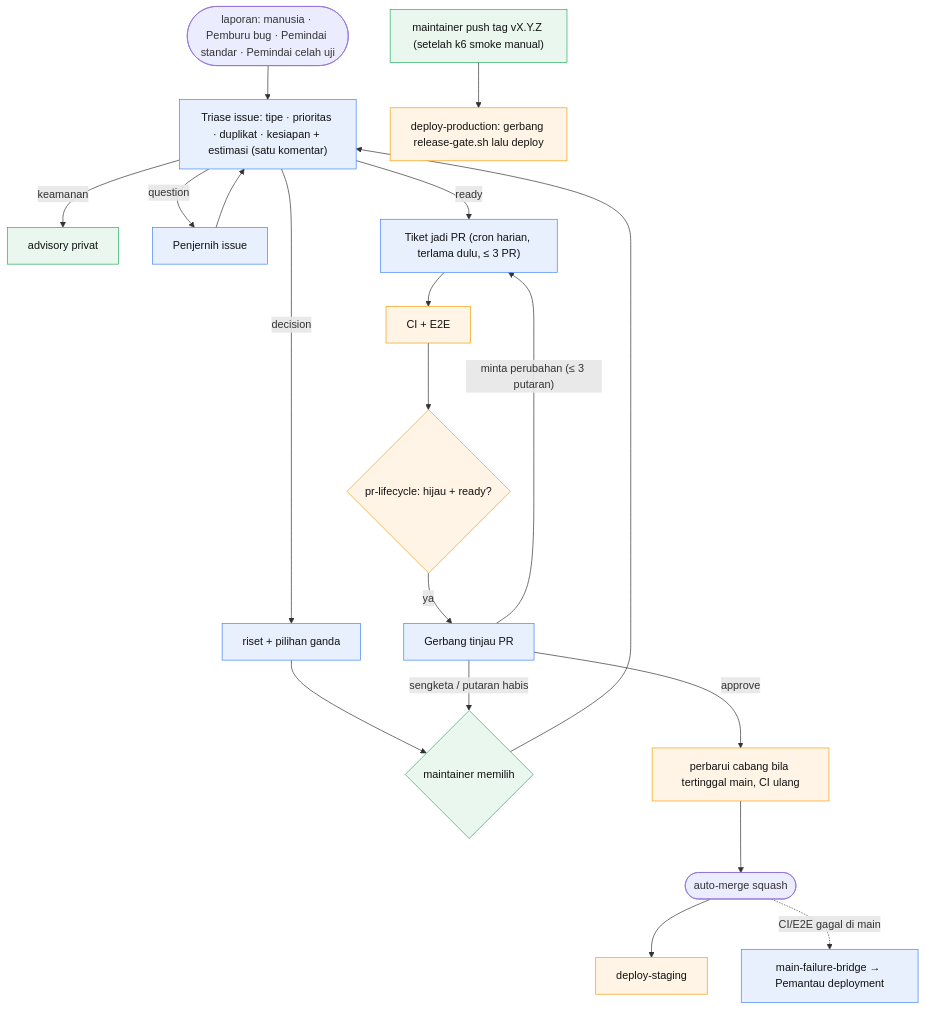
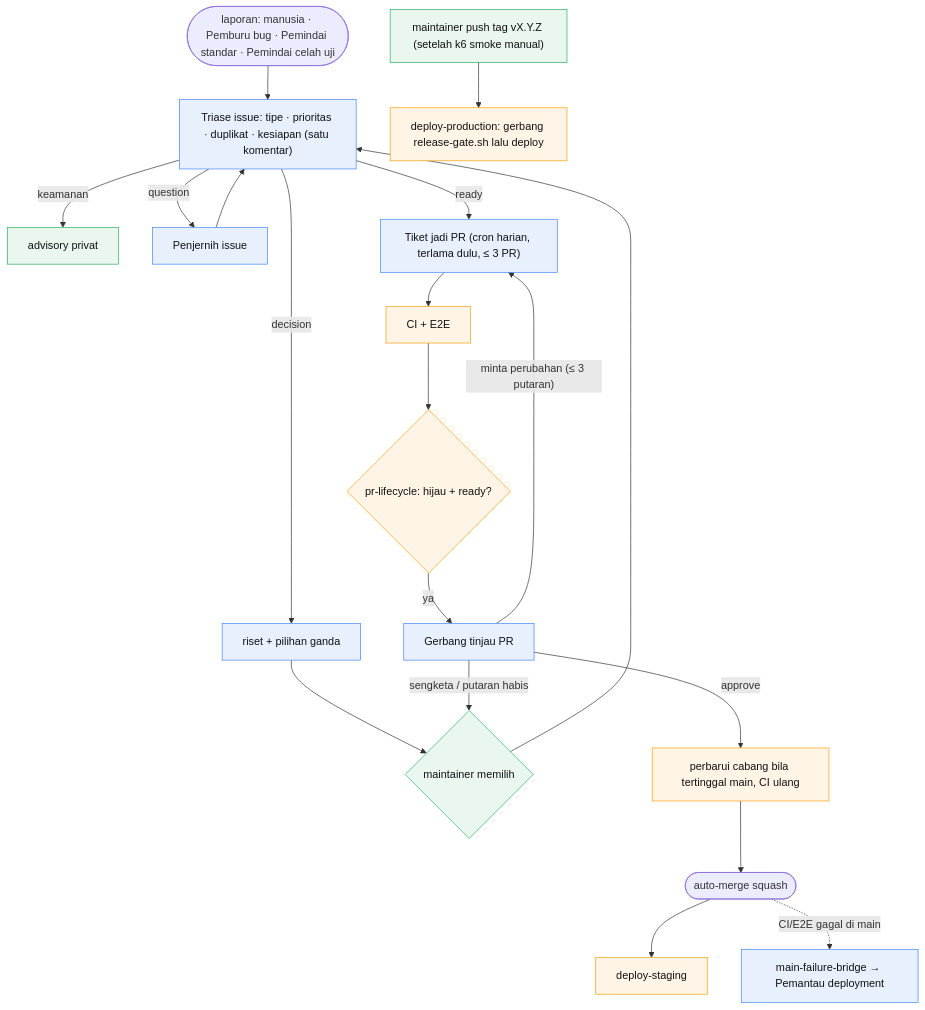
One commit to cipansor/cipansor changed the first of 6 diagrams in docs/SDLC-FLOW.md. Above: the diagram before and after it, drawn with Mermaid. The commit also changed other lines of this file and 4 other files, not shown here.

````diff
--- a/docs/SDLC-FLOW.md
+++ b/docs/SDLC-FLOW.md
@@ -193,20 +193,20 @@
 ```mermaid
 flowchart TD
   classDef cloud fill:#e8f0fe,stroke:#4285f4,color:#111;
   classDef gh fill:#fff4e5,stroke:#f59e0b,color:#111;
   classDef human fill:#e9f7ef,stroke:#27ae60,color:#111;
 
-  IN(["laporan: manusia · Pemburu bug · Pemindai standar · Pemindai celah uji"]) --> TR["Triase issue: tipe · prioritas · duplikat · kesiapan + estimasi (satu komentar)"]:::cloud
+  IN(["laporan: manusia · Pemburu bug · Pemindai standar · Pemindai celah uji"]) --> TR["Triase issue: tipe · prioritas · duplikat · kesiapan (satu komentar)"]:::cloud
   TR -- keamanan --> ADV["advisory privat"]:::human
   TR -- question --> CL["Penjernih issue"]:::cloud --> TR
   TR -- decision --> DEC["riset + pilihan ganda"]:::cloud --> MD{"maintainer memilih"}:::human --> TR
   TR -- ready --> IMP["Tiket jadi PR (cron harian, terlama dulu, ≤ 3 PR)"]:::cloud
   IMP --> CI["CI + E2E"]:::gh --> LC{"pr-lifecycle: hijau + ready?"}:::gh
   LC -- ya --> GT["Gerbang tinjau PR"]:::cloud
   GT -- "minta perubahan (≤ 3 putaran)" --> IMP
   GT -- "sengketa / putaran habis" --> MD
   GT -- approve --> UPD["perbarui cabang bila tertinggal main, CI ulang"]:::gh --> MG(["auto-merge squash"])
   MG --> STG["deploy-staging"]:::gh
   MG -. "CI/E2E gagal di main" .-> BR["main-failure-bridge → Pemantau deployment"]:::cloud
   REL["maintainer push tag vX.Y.Z (setelah k6 smoke manual)"]:::human --> PRD["deploy-production: gerbang release-gate.sh lalu deploy"]:::gh
 ```
````
